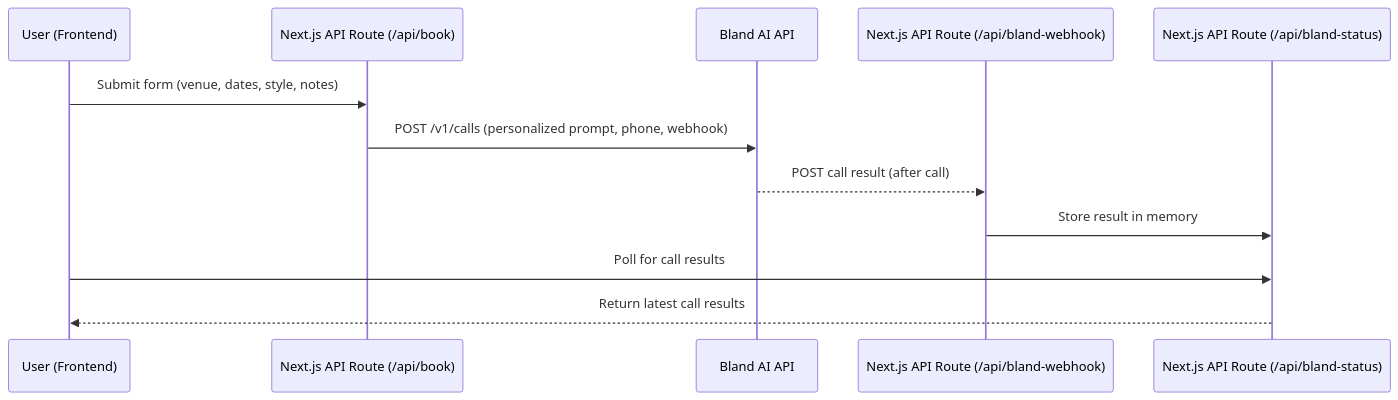
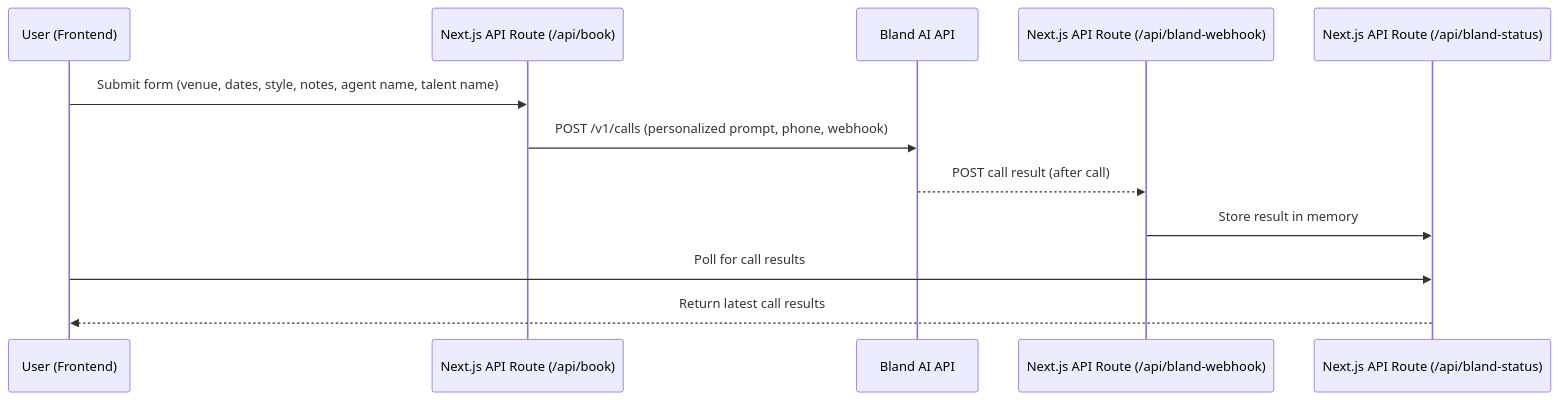
One commit to manivannansenthil/ai-dj-booker changed the diagram in README.md. Above: the diagram before and after it, drawn with Mermaid. The commit also changed other lines of this file and 3 other files, not shown here.

````diff
--- a/README.md
+++ b/README.md
@@ -30,15 +43,15 @@
 ```mermaid
 sequenceDiagram
     participant User as User (Frontend)
     participant App as Next.js API Route (/api/book)
     participant Bland as Bland AI API
     participant Webhook as Next.js API Route (/api/bland-webhook)
     participant Status as Next.js API Route (/api/bland-status)
 
-    User->>App: Submit form (venue, dates, style, notes)
+    User->>App: Submit form (venue, dates, style, notes, agent name, talent name)
     App->>Bland: POST /v1/calls (personalized prompt, phone, webhook)
     Bland-->>Webhook: POST call result (after call)
     Webhook->>Status: Store result in memory
     User->>Status: Poll for call results
     Status-->>User: Return latest call results
 ```
````
